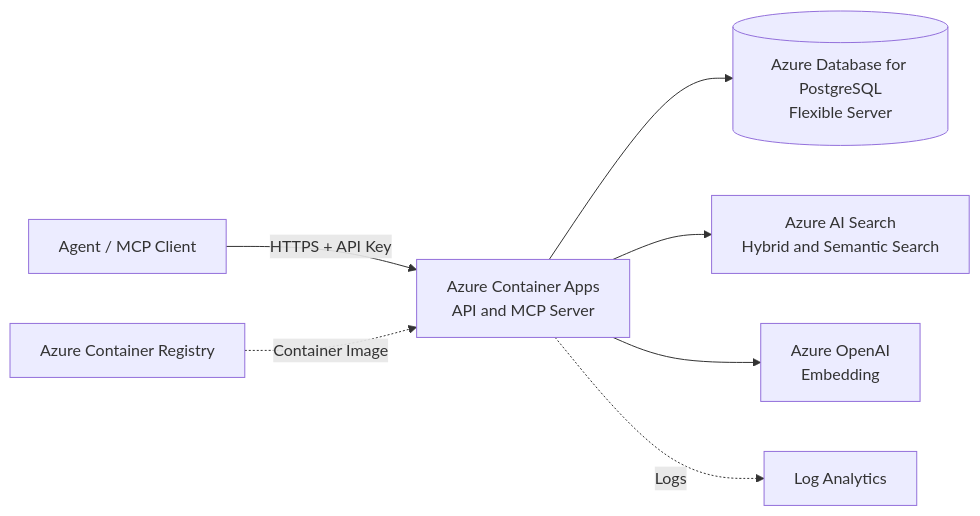
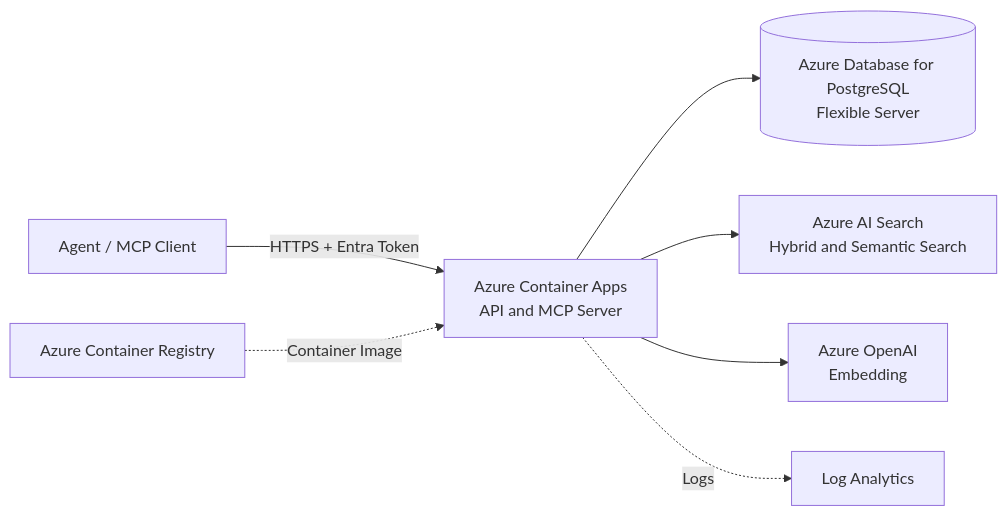
One commit to vwxyzh/FactLineage changed the first of 2 diagrams in azure-architecture.md. Above: the diagram before and after it, drawn with Mermaid. The commit also changed other lines of this file and 19 other files, not shown here.

````diff
--- a/azure-architecture.md
+++ b/azure-architecture.md
@@ -27,9 +29,9 @@
 ```mermaid
 flowchart LR
-    A[Agent / MCP Client] -->|HTTPS + API Key| C[Azure Container Apps<br/>API and MCP Server]
+  A[Agent / MCP Client] -->|HTTPS + Entra Token| C[Azure Container Apps<br/>API and MCP Server]
     C --> P[(Azure Database for PostgreSQL<br/>Flexible Server)]
   C --> S[Azure AI Search<br/>Hybrid and Semantic Search]
     C --> O[Azure OpenAI<br/>Embedding]
     R[Azure Container Registry] -.Container Image.-> C
     C -.Logs.-> L[Log Analytics]
 ```
````
